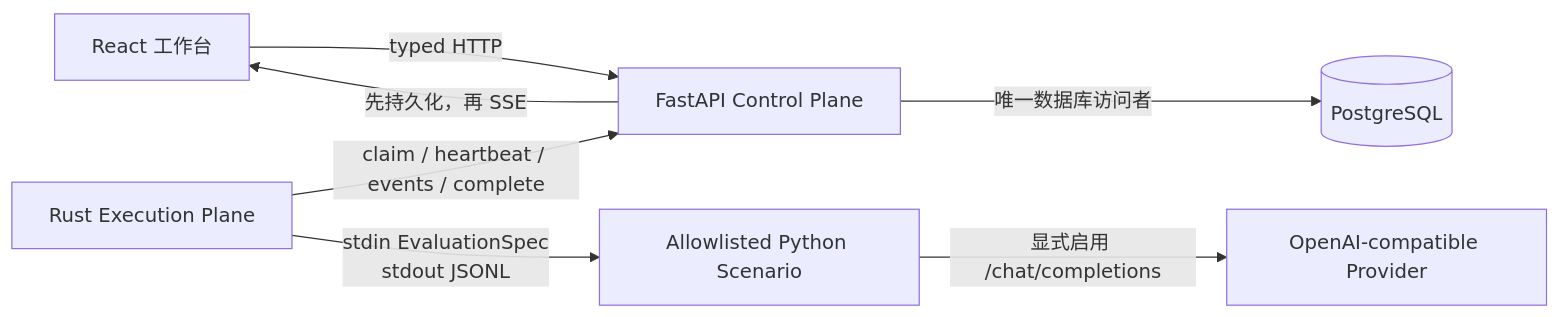
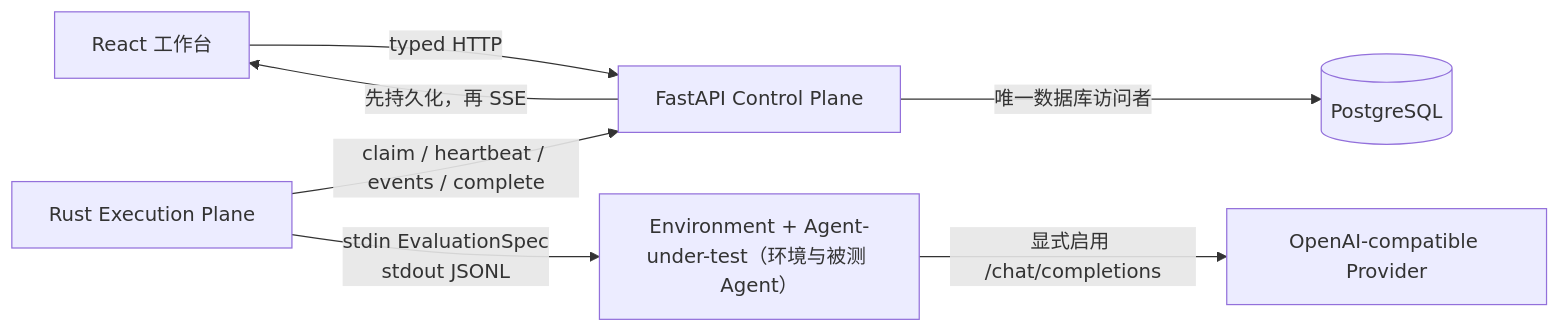
The second of 2 diagrams in README.zh-CN.md (GarrisonPJ/agent-ops-platform), drawn with Mermaid before and after one commit. The commit also changed other lines of this file and 32 other files, not shown here.

````diff
--- a/README.zh-CN.md
+++ b/README.zh-CN.md
@@ -103,9 +103,9 @@
 ```mermaid
 flowchart LR
     UI["React 工作台"] -->|"typed HTTP"| API["FastAPI Control Plane"]
     API -->|"唯一数据库访问者"| DB[("PostgreSQL")]
     API -->|"先持久化，再 SSE"| UI
     Runner["Rust Execution Plane"] -->|"claim / heartbeat / events / complete"| API
-    Runner -->|"stdin EvaluationSpec<br/>stdout JSONL"| Agent["Allowlisted Python Scenario"]
+    Runner -->|"stdin EvaluationSpec<br/>stdout JSONL"| Agent["Environment + Agent-under-test（环境与被测 Agent）"]
     Agent -->|"显式启用 /chat/completions"| Provider["OpenAI-compatible Provider"]
 ```
````
